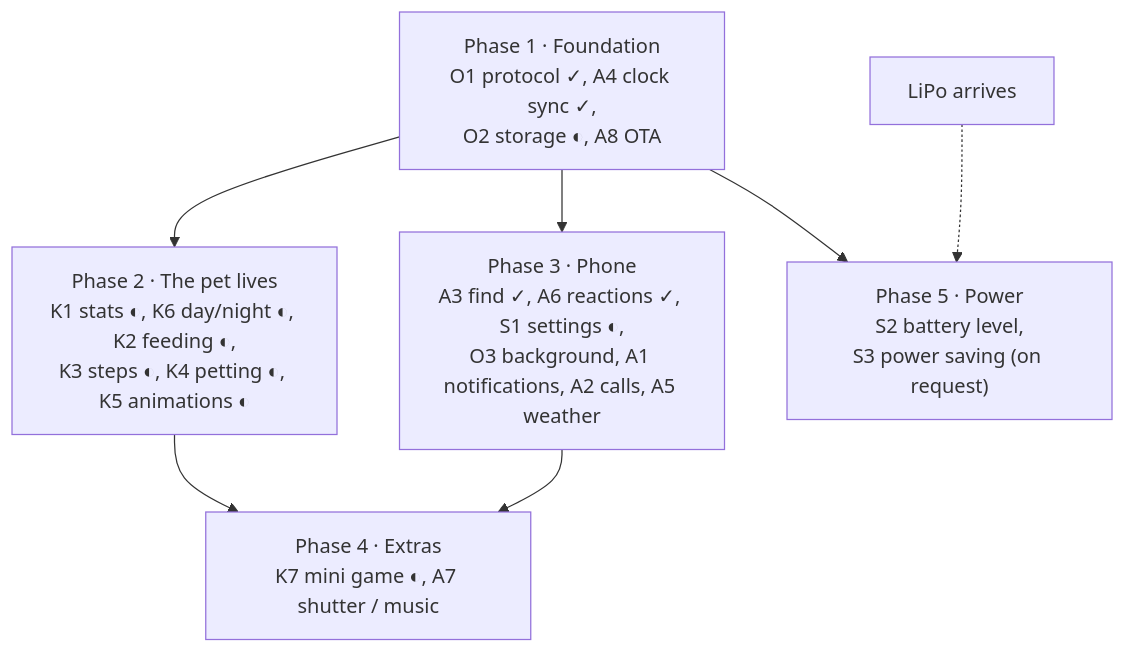
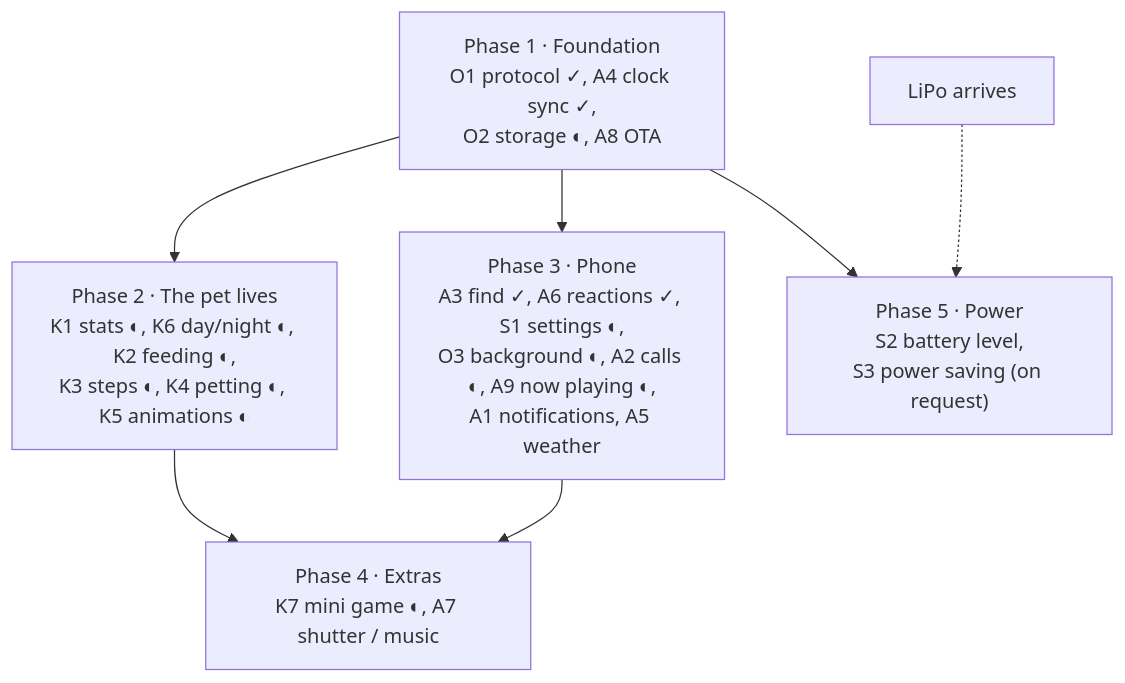
One commit to elymsyr/mysterychain changed the diagram in docs/roadmap.md. Above: the diagram before and after it, drawn with Mermaid. The commit also changed other lines of this file and 17 other files, not shown here.

````diff
--- a/docs/roadmap.md
+++ b/docs/roadmap.md
@@ -67,10 +69,10 @@
 ```mermaid
 flowchart TD
     F1["Phase 1 · Foundation<br/>O1 protocol ✓, A4 clock sync ✓,<br/>O2 storage ◐, A8 OTA"]
     F1 --> F2["Phase 2 · The pet lives<br/>K1 stats ◐, K6 day/night ◐, K2 feeding ◐,<br/>K3 steps ◐, K4 petting ◐, K5 animations ◐"]
-    F1 --> F3["Phase 3 · Phone<br/>A3 find ✓, A6 reactions ✓, S1 settings ◐,<br/>O3 background, A1 notifications, A2 calls, A5 weather"]
+    F1 --> F3["Phase 3 · Phone<br/>A3 find ✓, A6 reactions ✓, S1 settings ◐,<br/>O3 background ◐, A2 calls ◐, A9 now playing ◐,<br/>A1 notifications, A5 weather"]
     F2 --> F4["Phase 4 · Extras<br/>K7 mini game ◐, A7 shutter / music"]
     F3 --> F4
     L["LiPo arrives"] -.-> F5["Phase 5 · Power<br/>S2 battery level,<br/>S3 power saving (on request)"]
     F1 --> F5
 ```
````
